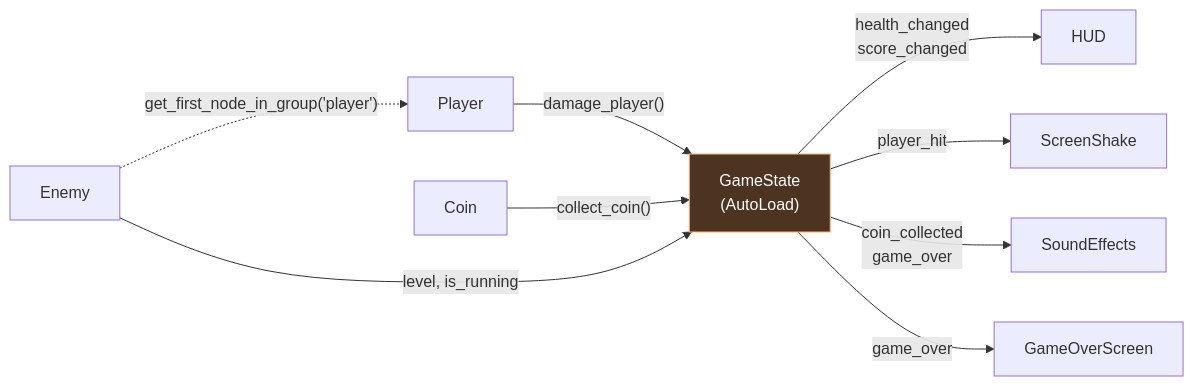
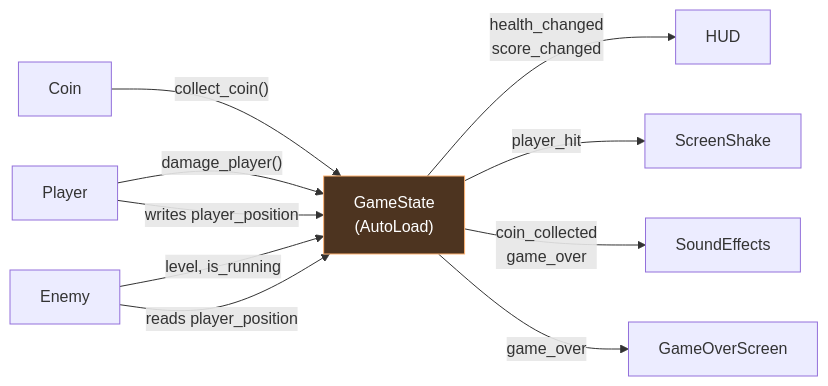
Before and after one commit to joranmarcy/Godot-MEDS-Comparison: the first of 3 diagrams in presentation/slides.md, drawn with Mermaid. The commit also changed other lines of this file and 18 other files, not shown here.

````diff
--- a/presentation/slides.md
+++ b/presentation/slides.md
@@ -509,14 +514,15 @@
 ```mermaid
 flowchart LR
   Player["Player"] -- "damage_player()" --> GS
   Coin["Coin"] -- "collect_coin()" --> GS
   Enemy["Enemy"] -- "level, is_running" --> GS
-  Enemy -. "get_first_node_in_group('player')" .-> Player
+  Player -- "writes player_position" --> GS
+  Enemy -- "reads player_position" --> GS
   GS["GameState<br/>(AutoLoad)"]
   GS -- "health_changed<br/>score_changed" --> HUD["HUD"]
   GS -- "player_hit" --> Shake["ScreenShake"]
   GS -- "coin_collected<br/>game_over" --> SFX["SoundEffects"]
   GS -- "game_over" --> GO["GameOverScreen"]
   classDef core fill:#4d3420,stroke:#ffb373,color:#fff
   class GS core
 ```
````
